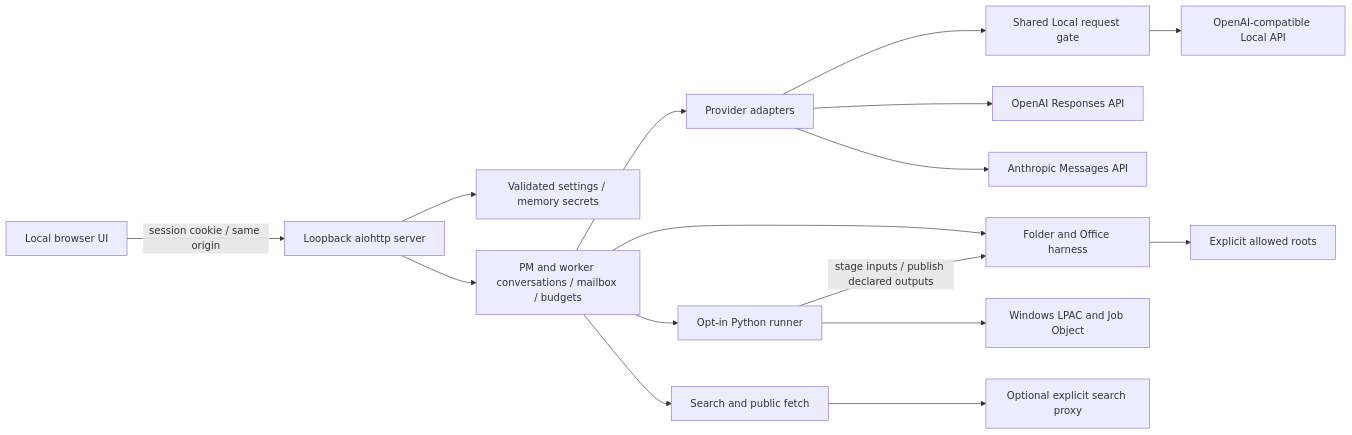
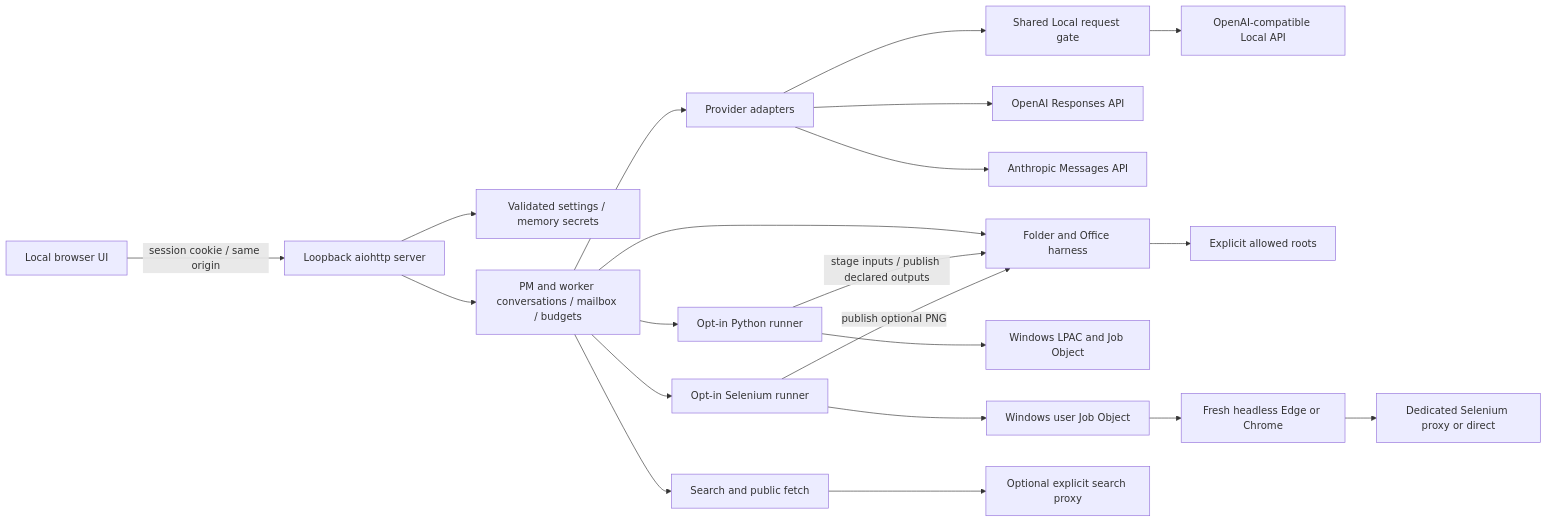
The diagram in docs/ARCHITECTURE.md (tyama-ds/agent-workbench), drawn with Mermaid before and after one commit. The commit also changed other lines of this file and 25 other files, not shown here.

Commit message:
Add opt-in managed Selenium browser automation

````diff
--- a/docs/ARCHITECTURE.md
+++ b/docs/ARCHITECTURE.md
@@ -3,18 +3,23 @@
 ```mermaid
 flowchart LR
   UI[Local browser UI] -->|session cookie / same origin| Server[Loopback aiohttp server]
   Server --> Settings[Validated settings / memory secrets]
   Server --> Engine[PM and worker conversations / mailbox / budgets]
   Engine --> Adapter[Provider adapters]
   Adapter --> Gate[Shared Local request gate]
   Gate --> Local[OpenAI-compatible Local API]
   Adapter --> OpenAI[OpenAI Responses API]
   Adapter --> Anthropic[Anthropic Messages API]
   Engine --> Harness[Folder and Office harness]
   Harness --> Files[Explicit allowed roots]
   Engine --> Python[Opt-in Python runner]
   Python --> Sandbox[Windows LPAC and Job Object]
   Python -->|stage inputs / publish declared outputs| Harness
+  Engine --> Selenium[Opt-in Selenium runner]
+  Selenium --> BrowserJob[Windows user Job Object]
+  BrowserJob --> Browser[Fresh headless Edge or Chrome]
+  Selenium -->|publish optional PNG| Harness
+  Browser --> BrowserProxy[Dedicated Selenium proxy or direct]
   Engine --> Web[Search and public fetch]
   Web --> Proxy[Optional explicit search proxy]
 ```
````
